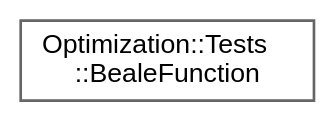
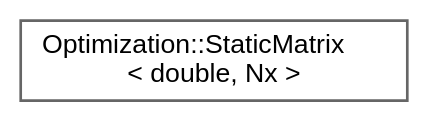
The diagram in inherit_graph_68.dot (jswoo0615/Algorithms_for_Optimization_cpp), drawn with Graphviz before and after one commit. The commit also changed 134 other files, not shown here.

```diff
--- a/inherit_graph_68.dot
+++ b/inherit_graph_68.dot
@@ -1,9 +1,9 @@
 digraph "Graphical Class Hierarchy"
 {
  // LATEX_PDF_SIZE
   bgcolor="transparent";
   edge [fontname=Helvetica,fontsize=10,labelfontname=Helvetica,labelfontsize=10];
   node [fontname=Helvetica,fontsize=10,shape=box,height=0.2,width=0.4];
   rankdir="LR";
-  Node0 [id="Node000000",label="Optimization::Tests\l::BealeFunction",height=0.2,width=0.4,color="grey40", fillcolor="white", style="filled",URL="$structOptimization_1_1Tests_1_1BealeFunction.html",tooltip="Beale Function."];
+  Node0 [id="Node000000",label="Optimization::StaticMatrix\l\< double, Nx \>",height=0.2,width=0.4,color="grey40", fillcolor="white", style="filled",URL="$classOptimization_1_1StaticMatrix.html",tooltip=" "];
 }
```
